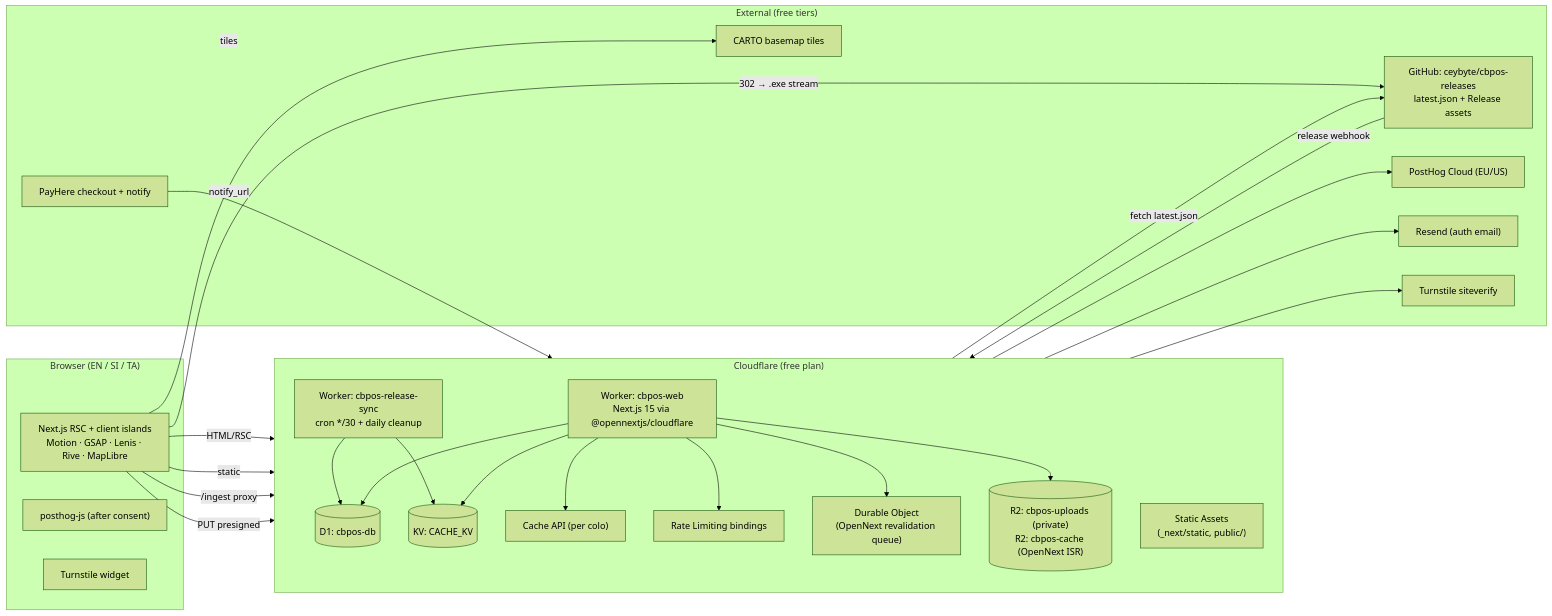
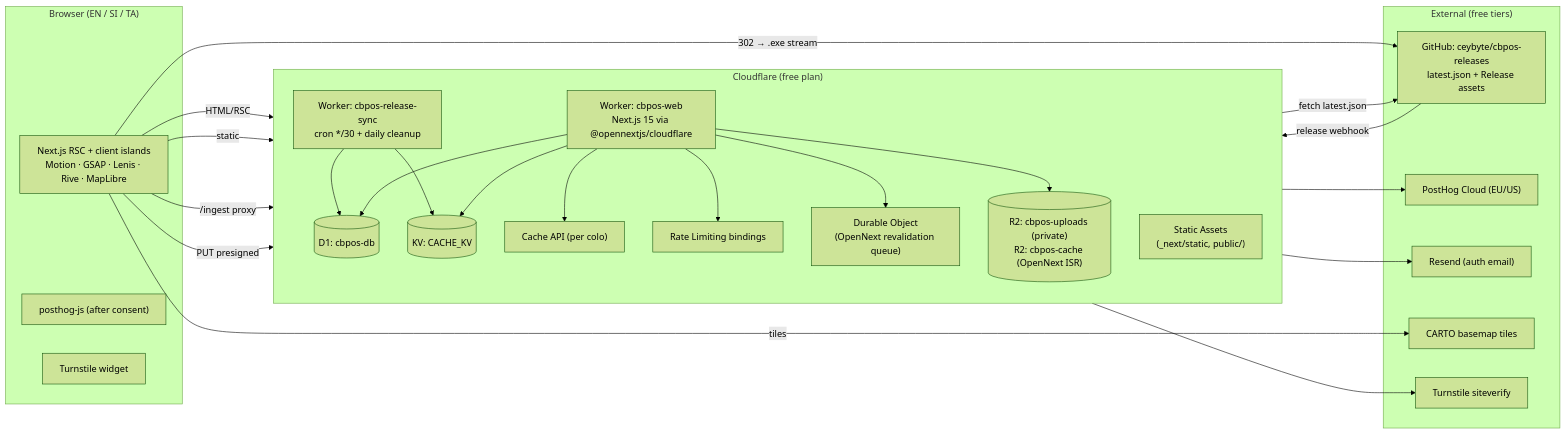
Before and after one commit to ceybyte/CeyByte.com: the first of 4 diagrams in docs/02-TRD.md, drawn with Mermaid (forest theme). The commit also changed other lines of this file and 7 other files, not shown here.

First line of the commit message:
docs(donate)!: drop PayHere and LankaQR, keep bank transfer only

````diff
--- a/docs/02-TRD.md
+++ b/docs/02-TRD.md
@@ -14,45 +14,43 @@
 ```mermaid
 flowchart LR
   subgraph Client["Browser (EN / SI / TA)"]
     UI["Next.js RSC + client islands<br/>Motion · GSAP · Lenis · Rive · MapLibre"]
     PH["posthog-js (after consent)"]
     TS["Turnstile widget"]
   end
 
   subgraph CF["Cloudflare (free plan)"]
     direction TB
     W["Worker: cbpos-web<br/>Next.js 15 via @opennextjs/cloudflare"]
     SA["Static Assets<br/>(_next/static, public/)"]
     D1[("D1: cbpos-db")]
     R2[("R2: cbpos-uploads (private)<br/>R2: cbpos-cache (OpenNext ISR)")]
     KV[("KV: CACHE_KV")]
     CA["Cache API (per colo)"]
     RL["Rate Limiting bindings"]
     DO["Durable Object<br/>(OpenNext revalidation queue)"]
     CRON["Worker: cbpos-release-sync<br/>cron */30 + daily cleanup"]
   end
 
   subgraph Ext["External (free tiers)"]
     GH["GitHub: ceybyte/cbpos-releases<br/>latest.json + Release assets"]
     PHS["PostHog Cloud (EU/US)"]
     RS["Resend (auth email)"]
-    PAY["PayHere checkout + notify"]
     CARTO["CARTO basemap tiles"]
     TSV["Turnstile siteverify"]
   end
 
   UI -->|HTML/RSC| W
   UI -->|static| SA
   UI -->|/ingest proxy| W --> PHS
   UI -->|tiles| CARTO
   UI -->|PUT presigned| R2
   UI -->|302 → .exe stream| GH
   W --> D1 & KV & CA & RL & DO
   W --> R2
   W --> TSV
   W --> RS
-  PAY -->|notify_url| W
   GH -->|release webhook| W
   CRON -->|fetch latest.json| GH
   CRON --> D1 & KV
 ```
````
